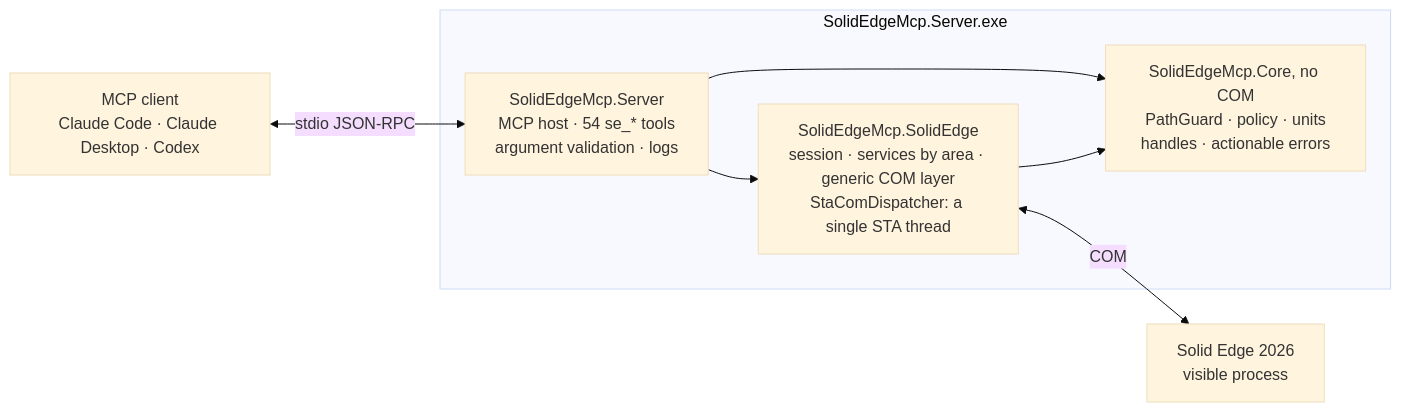
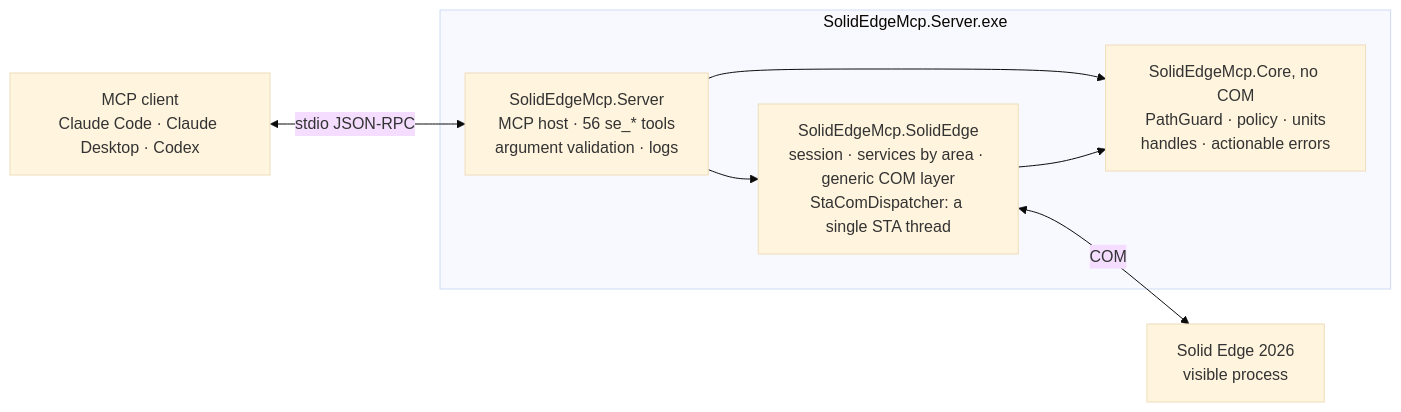
Before and after one commit to gabichuuuuu/solid-edge-mcp: the diagram in README.md, drawn with Mermaid (base theme). The commit also changed other lines of this file and 19 other files, not shown here.

````diff
--- a/README.md
+++ b/README.md
@@ -296,18 +298,18 @@
 ```mermaid
 flowchart LR
     client["MCP client<br/>Claude Code · Claude Desktop · Codex"]
 
     subgraph exe ["SolidEdgeMcp.Server.exe"]
-        server["SolidEdgeMcp.Server<br/>MCP host · 54 se_* tools<br/>argument validation · logs"]
+        server["SolidEdgeMcp.Server<br/>MCP host · 56 se_* tools<br/>argument validation · logs"]
         se["SolidEdgeMcp.SolidEdge<br/>session · services by area · generic COM layer<br/>StaComDispatcher: a single STA thread"]
         core["SolidEdgeMcp.Core, no COM<br/>PathGuard · policy · units<br/>handles · actionable errors"]
         server --> se
         server --> core
         se --> core
     end
 
     app["Solid Edge 2026<br/>visible process"]
 
     client <-->|stdio JSON-RPC| server
     se <-->|COM| app
 ```
````
